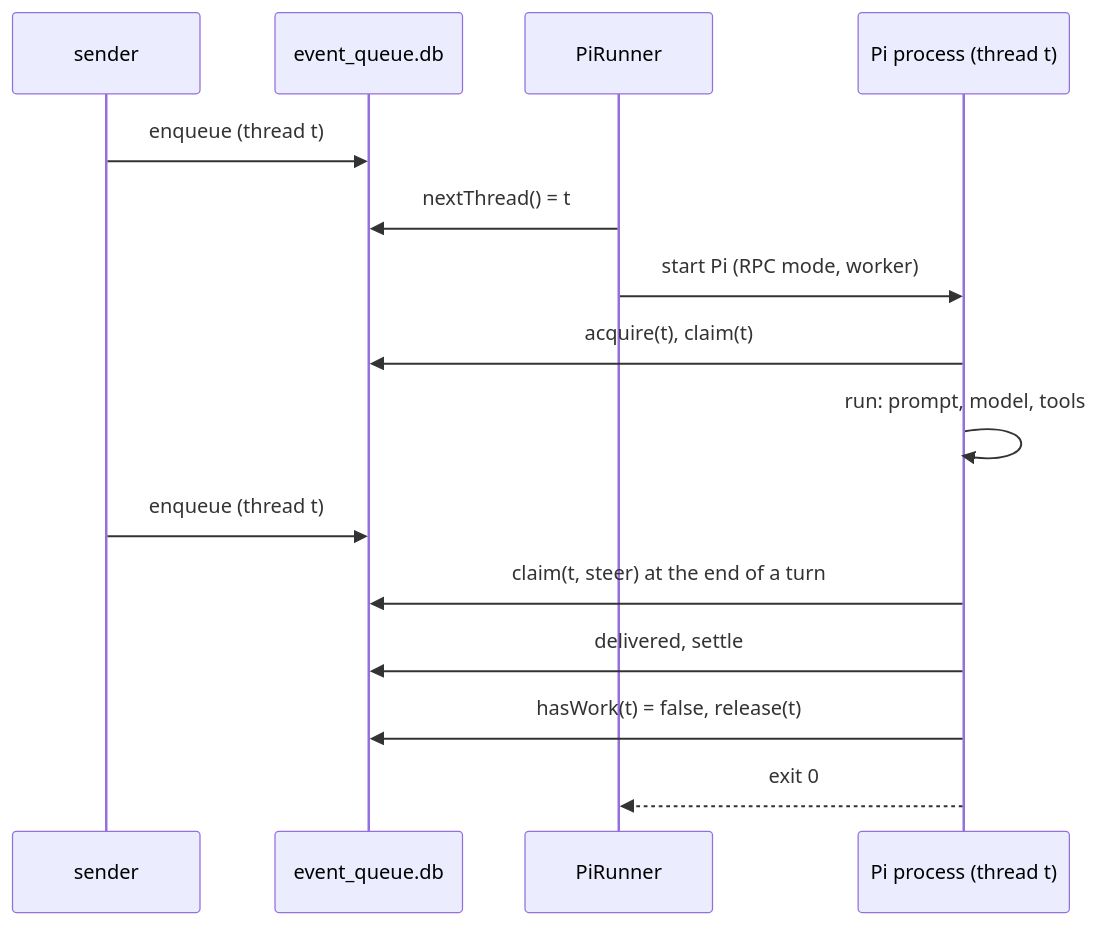
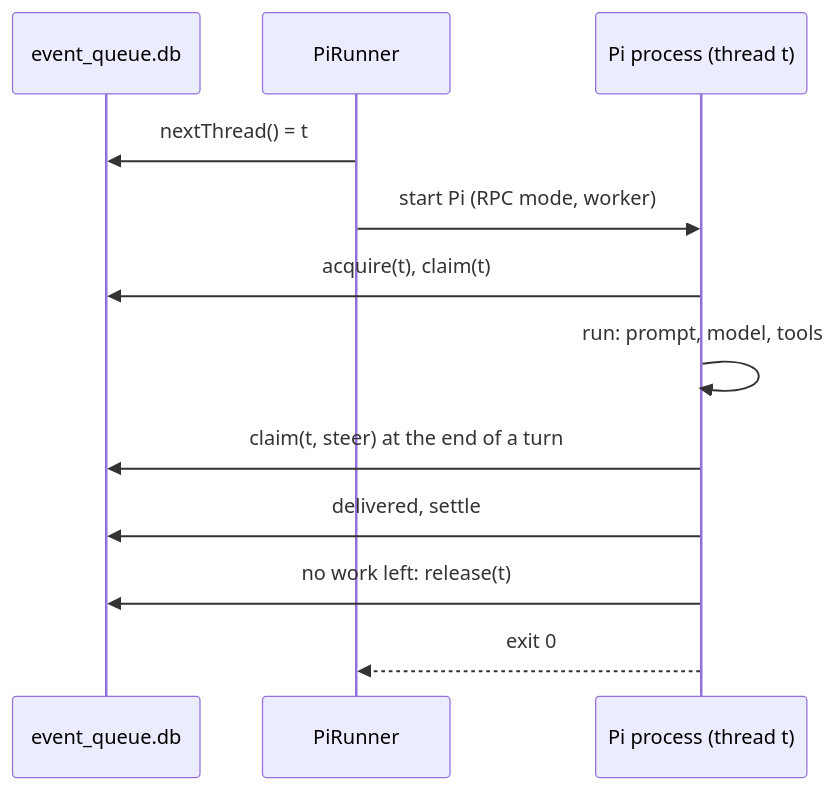
One commit to cognisphere-sh/agent-x changed the diagram in docs/architecture/agent-runtime/pi/README.md. Above: the diagram before and after it, drawn with Mermaid. The commit also changed other lines of this file and 83 other files, not shown here.

````diff
--- a/docs/architecture/agent-runtime/pi/README.md
+++ b/docs/architecture/agent-runtime/pi/README.md
@@ -13,17 +13,14 @@
 ```mermaid
 sequenceDiagram
-  participant S as sender
   participant Q as event_queue.db
   participant R as PiRunner
   participant P as Pi process (thread t)
-  S->>Q: enqueue (thread t)
   R->>Q: nextThread() = t
   R->>P: start Pi (RPC mode, worker)
   P->>Q: acquire(t), claim(t)
   P->>P: run: prompt, model, tools
-  S->>Q: enqueue (thread t)
   P->>Q: claim(t, steer) at the end of a turn
   P->>Q: delivered, settle
-  P->>Q: hasWork(t) = false, release(t)
+  P->>Q: no work left: release(t)
   P-->>R: exit 0
 ```
````
